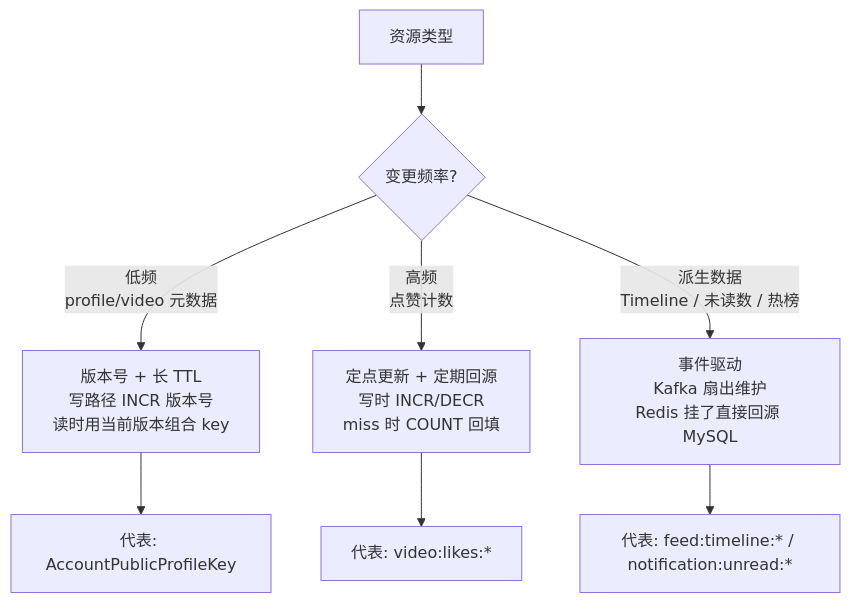
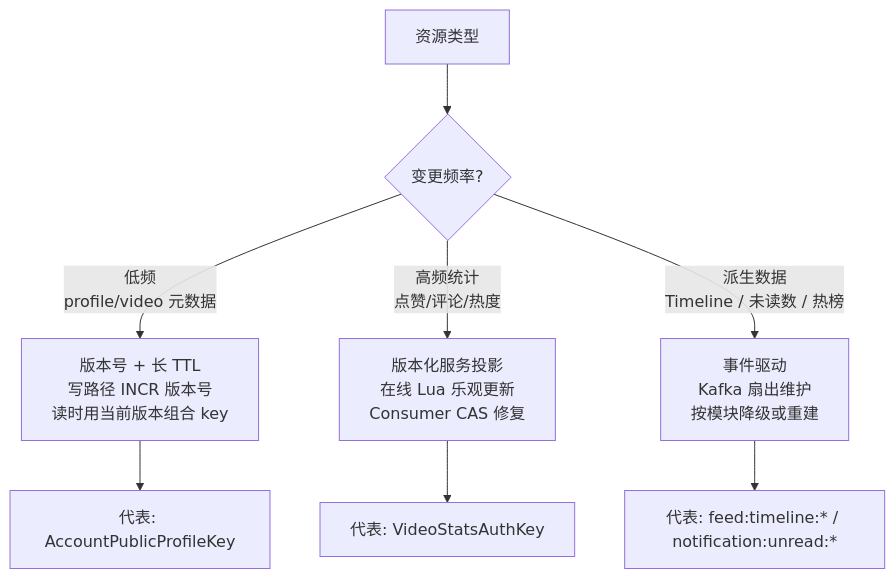
Diagram 23 of 24 in docs/PROJECT_OVERVIEW.md (Redeemz473/feedsystem-zero), drawn with Mermaid before and after one commit. The commit also changed other lines of this file and 38 other files, not shown here.

````diff
--- a/docs/PROJECT_OVERVIEW.md
+++ b/docs/PROJECT_OVERVIEW.md
@@ -3409,11 +3447,11 @@
 ```mermaid
 flowchart TD
     A[资源类型] --> B{变更频率?}
     B -->|低频<br/>profile/video 元数据| C[版本号 + 长 TTL<br/>写路径 INCR 版本号<br/>读时用当前版本组合 key]
-    B -->|高频<br/>点赞计数| D[定点更新 + 定期回源<br/>写时 INCR/DECR<br/>miss 时 COUNT 回填]
-    B -->|派生数据<br/>Timeline / 未读数 / 热榜| E[事件驱动<br/>Kafka 扇出维护<br/>Redis 挂了直接回源 MySQL]
+    B -->|高频统计<br/>点赞/评论/热度| D[版本化服务投影<br/>在线 Lua 乐观更新<br/>Consumer CAS 修复]
+    B -->|派生数据<br/>Timeline / 未读数 / 热榜| E[事件驱动<br/>Kafka 扇出维护<br/>按模块降级或重建]
 
     C --> F[代表: AccountPublicProfileKey]
-    D --> G[代表: video:likes:*]
+    D --> G[代表: VideoStatsAuthKey]
     E --> H[代表: feed:timeline:* / notification:unread:*]
 ```
````
